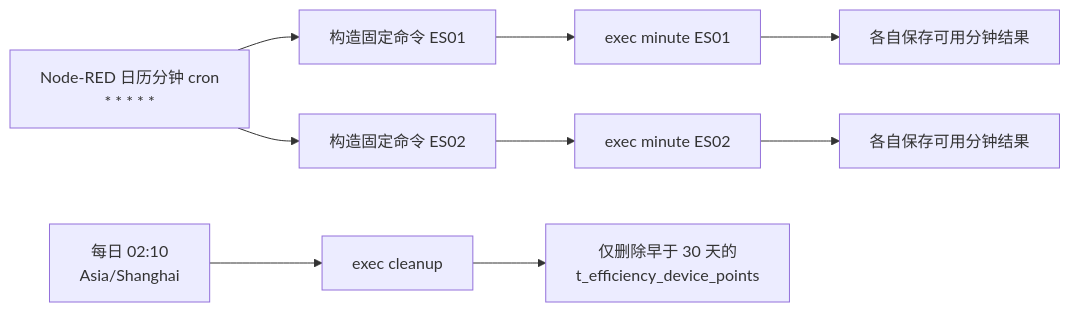
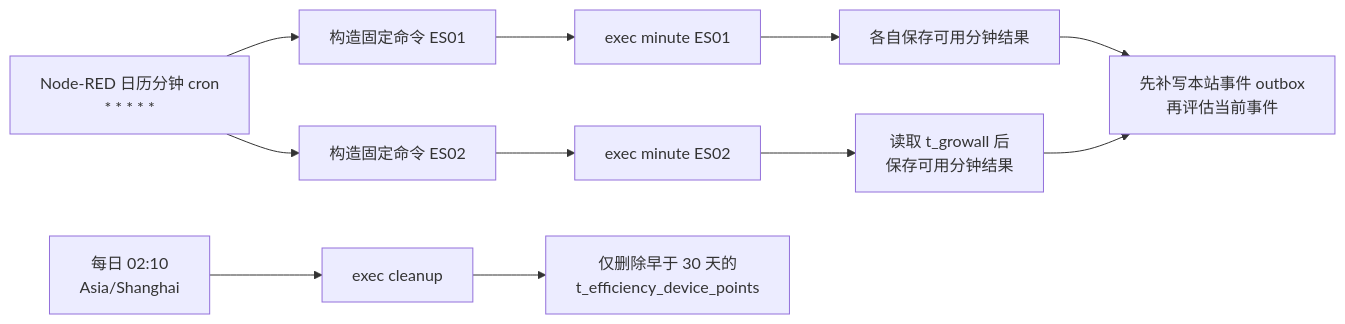
The second of 3 diagrams in m2/M2线上部署流程图.md (hua-js/vifa-en), drawn with Mermaid before and after one commit. The commit also changed other lines of this file and 17 other files, not shown here.

````diff
--- a/m2/M2线上部署流程图.md
+++ b/m2/M2线上部署流程图.md
@@ -32,12 +30,14 @@
 ```mermaid
 flowchart LR
     A[Node-RED 日历分钟 cron<br/>* * * * *] --> B[构造固定命令 ES01]
     A --> C[构造固定命令 ES02]
     B --> D[exec minute ES01]
     C --> E[exec minute ES02]
     D --> F[各自保存可用分钟结果]
-    E --> G[各自保存可用分钟结果]
+    E --> G[读取 t_growall 后<br/>保存可用分钟结果]
+    F --> K[先补写本站事件 outbox<br/>再评估当前事件]
+    G --> K
 
     H[每日 02:10<br/>Asia/Shanghai] --> I[exec cleanup]
     I --> J[仅删除早于 30 天的<br/>t_efficiency_device_points]
 ```
````
